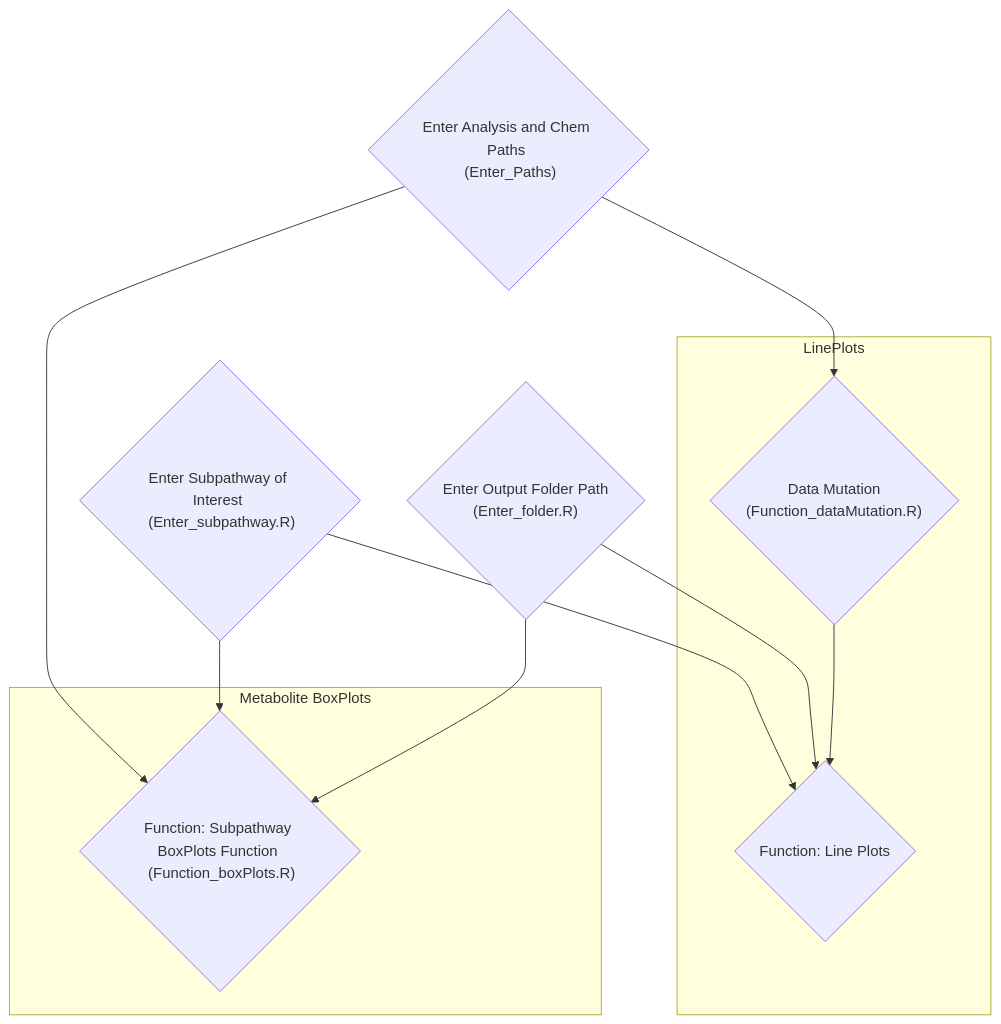
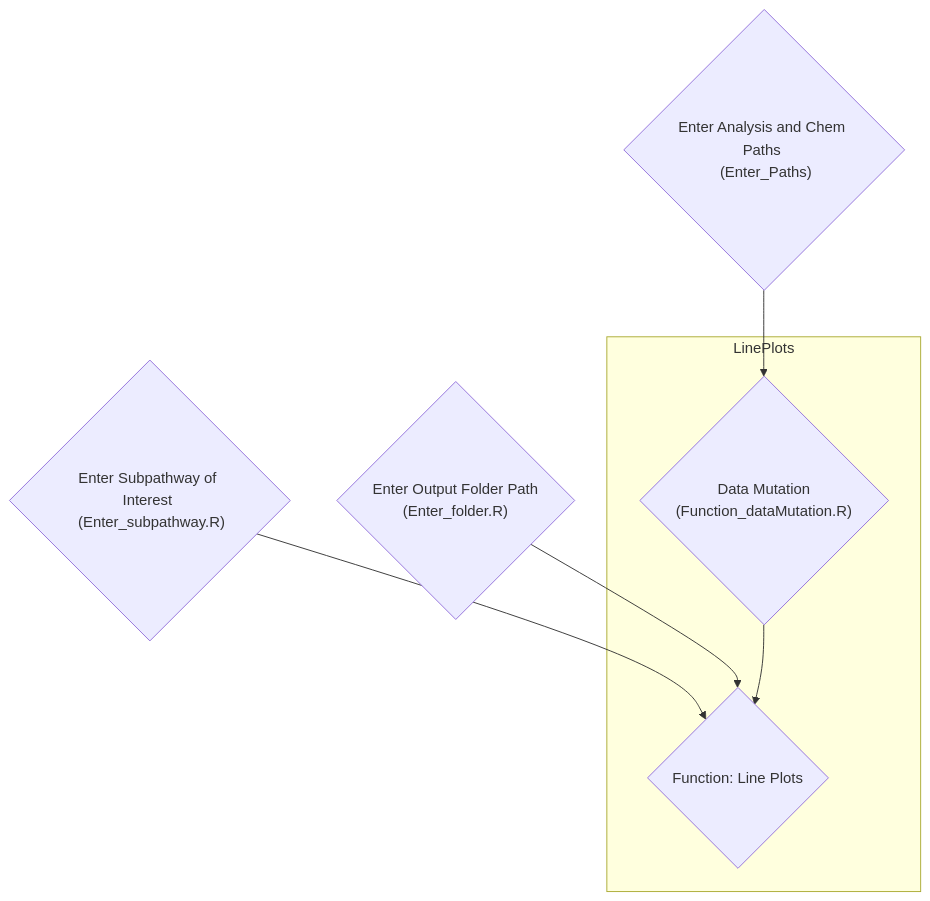
Before and after one commit to datalifecycle-ua/MetabolomicsPipeline: diagram 11 of 11 in README.qmd, drawn with Mermaid. The commit also changed other lines of this file and 40 other files, not shown here.

````diff
--- a/README.qmd
+++ b/README.qmd
@@ -358,36 +400,22 @@
 ```{mermaid}
-flowchart TD
-    
-    %% Define nodes
+ flowchart TD
   paths{"Enter Analysis and Chem Paths <br> (Enter_Paths)"}
 
   subpath{"Enter Subpathway of Interest <br> (Enter_subpathway.R)"}
 
   output{"Enter Output Folder Path <br> (Enter_folder.R)"}
 
-  subpathBoxplots{"Function: Subpathway BoxPlots Function <br> (Function_boxPlots.R)"}
   
   functionlinePlots{"Function: Line Plots <br>"}
 
   mutation{"Data Mutation <br> (Function_dataMutation.R)"}
 
-  %% Creaate Relationships  
-  paths --> subpathBoxplots
-  subpath --> subpathBoxplots
-  output --> subpathBoxplots
-
-  subgraph Metabolite BoxPlots
-    subpathBoxplots
-  end
-
-  paths --> mutation
-  mutation --> functionlinePlots
-  subpath --> functionlinePlots
-  output --> functionlinePlots
-
+    paths --> mutation
+    subpath --> functionlinePlots
+    output --> functionlinePlots
+  
   subgraph LinePlots
-    mutation
-    functionlinePlots
+    mutation --> functionlinePlots
   end
 
 ```
````
